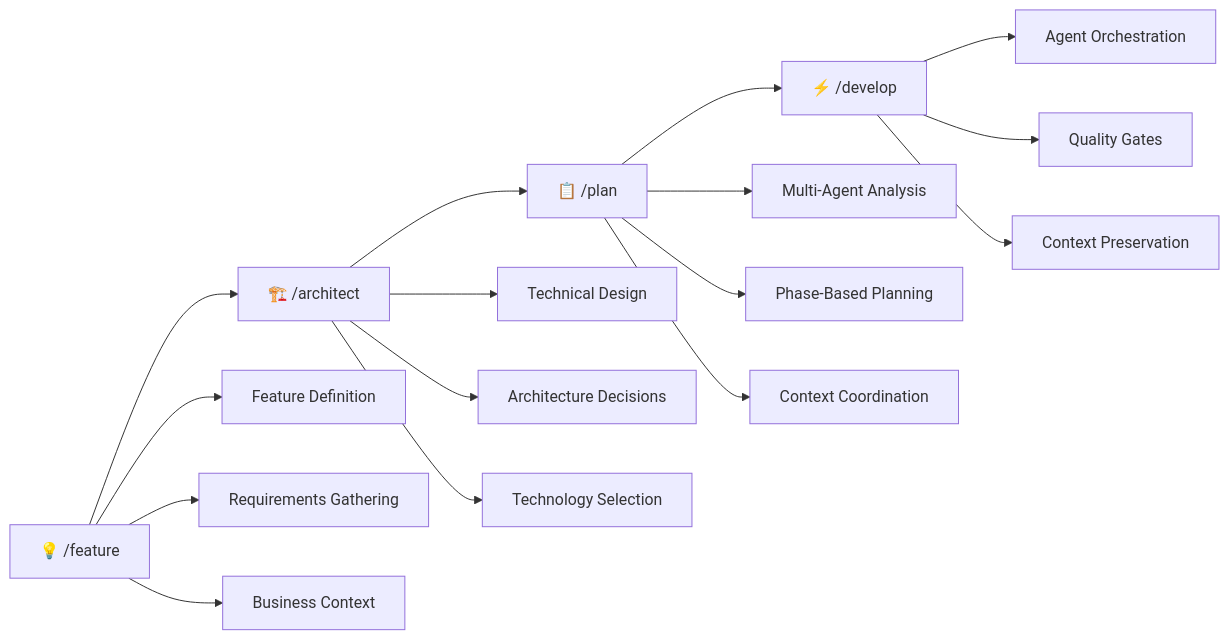
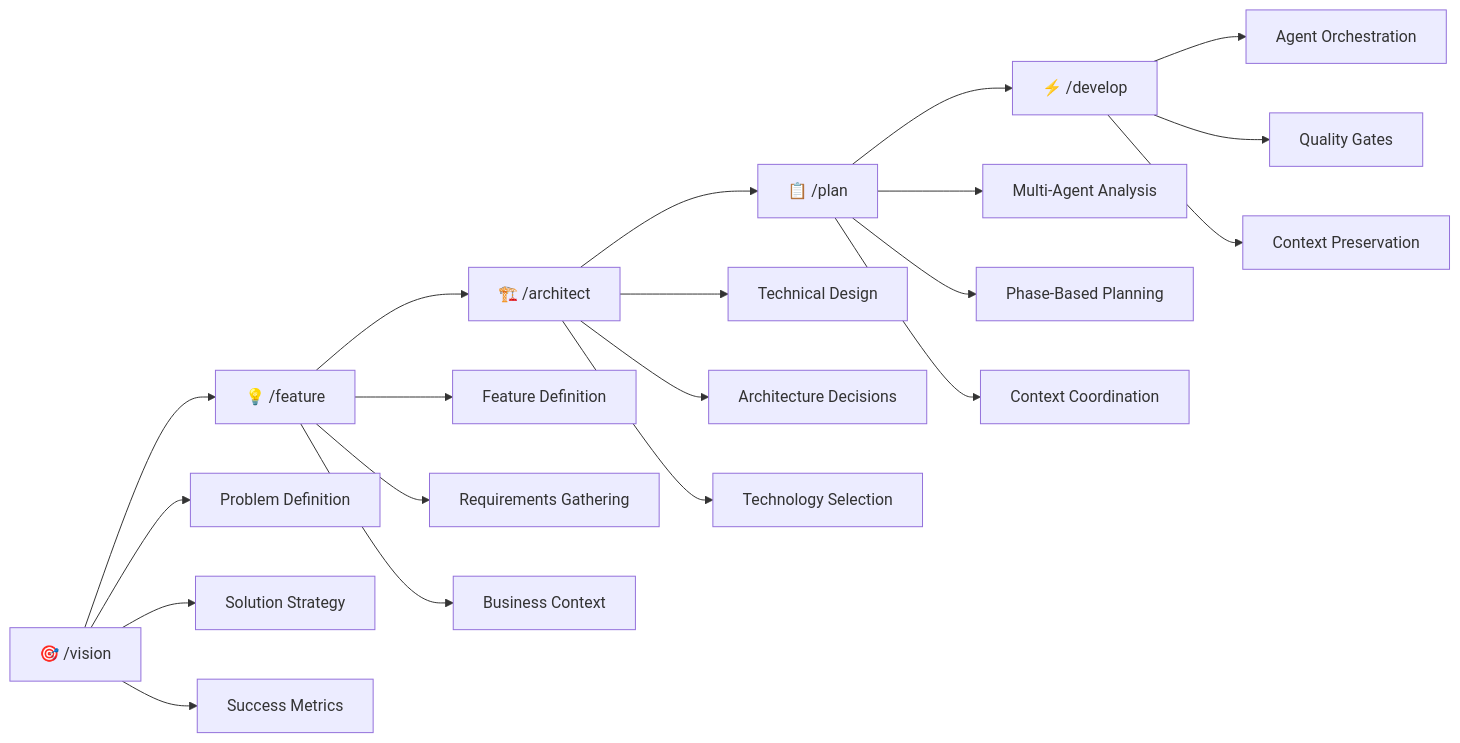
One commit to TaylorHuston/ai-coding-template changed the diagram in README.md. Above: the diagram before and after it, drawn with Mermaid. The commit also changed other lines of this file and 46 other files, not shown here.

First line of the commit message:
feat(scripts)!: consolidate script architecture and add vision workflow phase

````diff
--- a/README.md
+++ b/README.md
@@ -81,20 +46,24 @@
 ```mermaid
 graph LR
-    A[💡 /feature] --> B[🏗️ /architect] --> C[📋 /plan] --> D[⚡ /develop]
+    V[🎯 /vision] --> A[💡 /feature] --> B[🏗️ /architect] --> C[📋 /plan] --> D[⚡ /develop]
+
+    V --> V1[Problem Definition]
+    V --> V2[Solution Strategy]
+    V --> V3[Success Metrics]
 
     A --> A1[Feature Definition]
     A --> A2[Requirements Gathering]
     A --> A3[Business Context]
 
     B --> B1[Technical Design]
     B --> B2[Architecture Decisions]
     B --> B3[Technology Selection]
 
     C --> C1[Multi-Agent Analysis]
     C --> C2[Phase-Based Planning]
     C --> C3[Context Coordination]
 
     D --> D1[Agent Orchestration]
     D --> D2[Quality Gates]
     D --> D3[Context Preservation]
 ```
````
